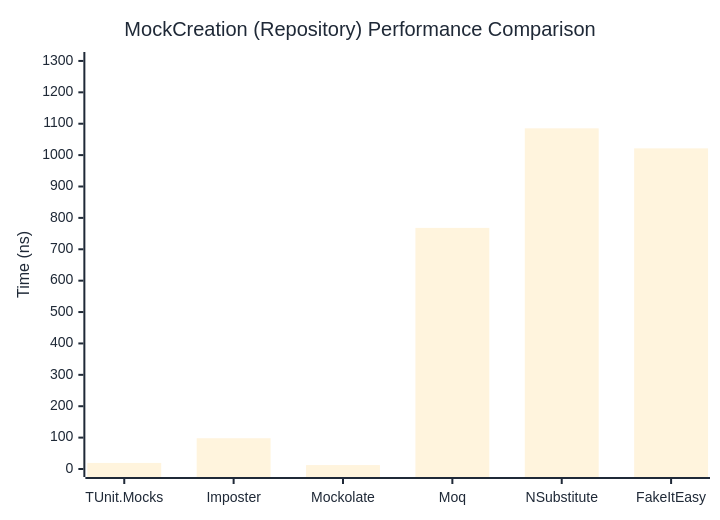
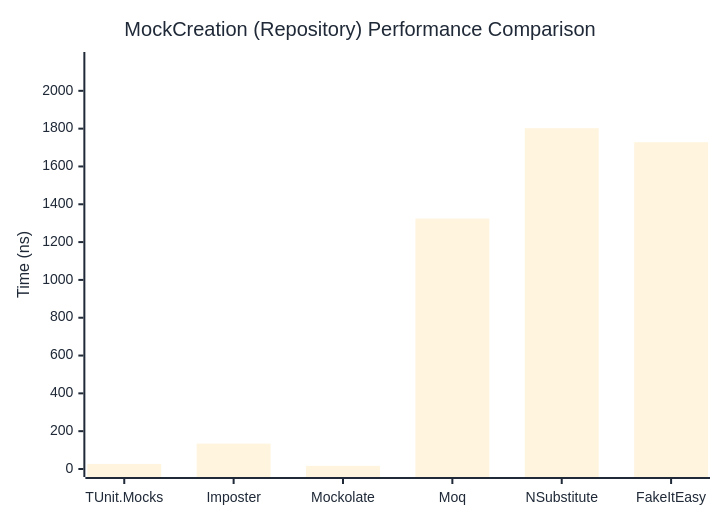
The second of 2 diagrams in docs/docs/benchmarks/mocks/MockCreation.md (thomhurst/TUnit), drawn with Mermaid before and after one commit. The commit also changed other lines of this file and 14 other files, not shown here.

````diff
--- a/docs/docs/benchmarks/mocks/MockCreation.md
+++ b/docs/docs/benchmarks/mocks/MockCreation.md
@@ -71,27 +71,27 @@
 ```mermaid
 %%{init: {
   'theme':'base',
   'themeVariables': {
     'primaryColor': '#2563eb',
     'primaryTextColor': '#1f2937',
     'primaryBorderColor': '#1e40af',
     'lineColor': '#6b7280',
     'secondaryColor': '#7c3aed',
     'tertiaryColor': '#dc2626',
     'background': '#ffffff',
     'pie1': '#2563eb',
     'pie2': '#7c3aed',
     'pie3': '#dc2626',
     'pie4': '#f59e0b',
     'pie5': '#10b981',
     'pie6': '#06b6d4',
     'pie7': '#ec4899',
     'pie8': '#6366f1'
   }
 }}%%
 xychart-beta
   title "MockCreation (Repository) Performance Comparison"
   x-axis ["TUnit.Mocks", "Imposter", "Mockolate", "Moq", "NSubstitute", "FakeItEasy"]
-  y-axis "Time (ns)" 0 --> 1303
-  bar [19.33, 97.99, 12.48, 768.09, 1085.35, 1021.53]
+  y-axis "Time (ns)" 0 --> 2163
+  bar [27.01, 134.08, 16.54, 1324.31, 1802.45, 1728.12]
 ```
````
